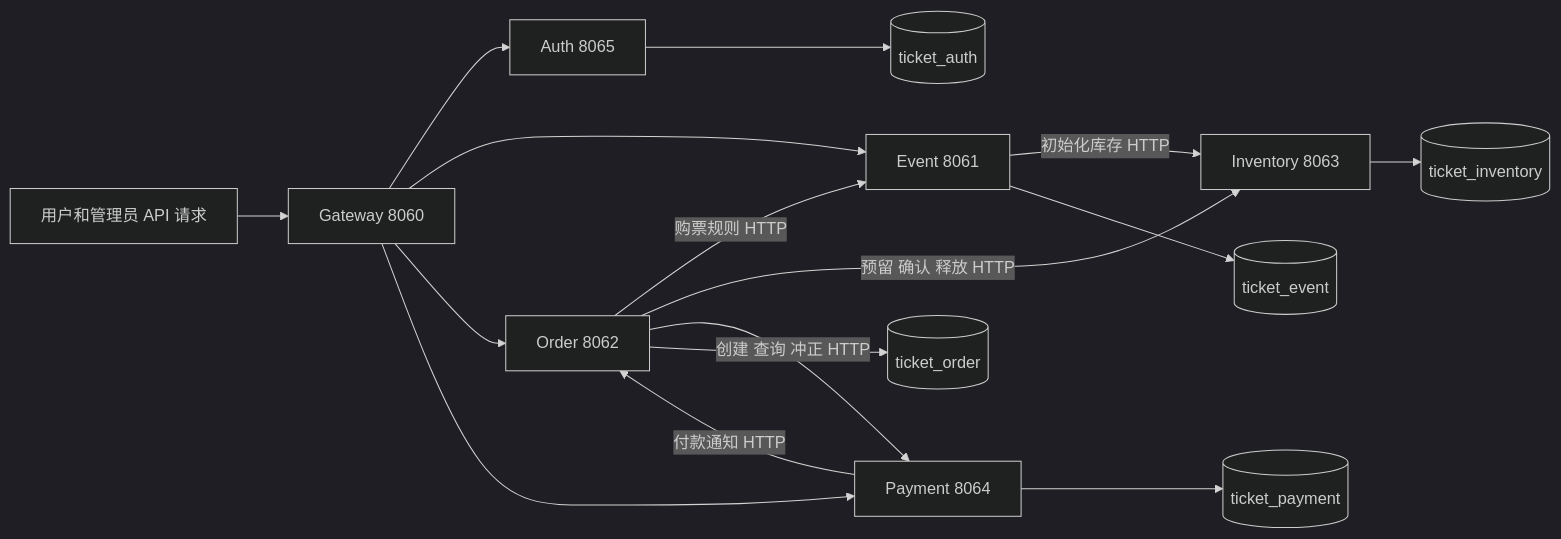
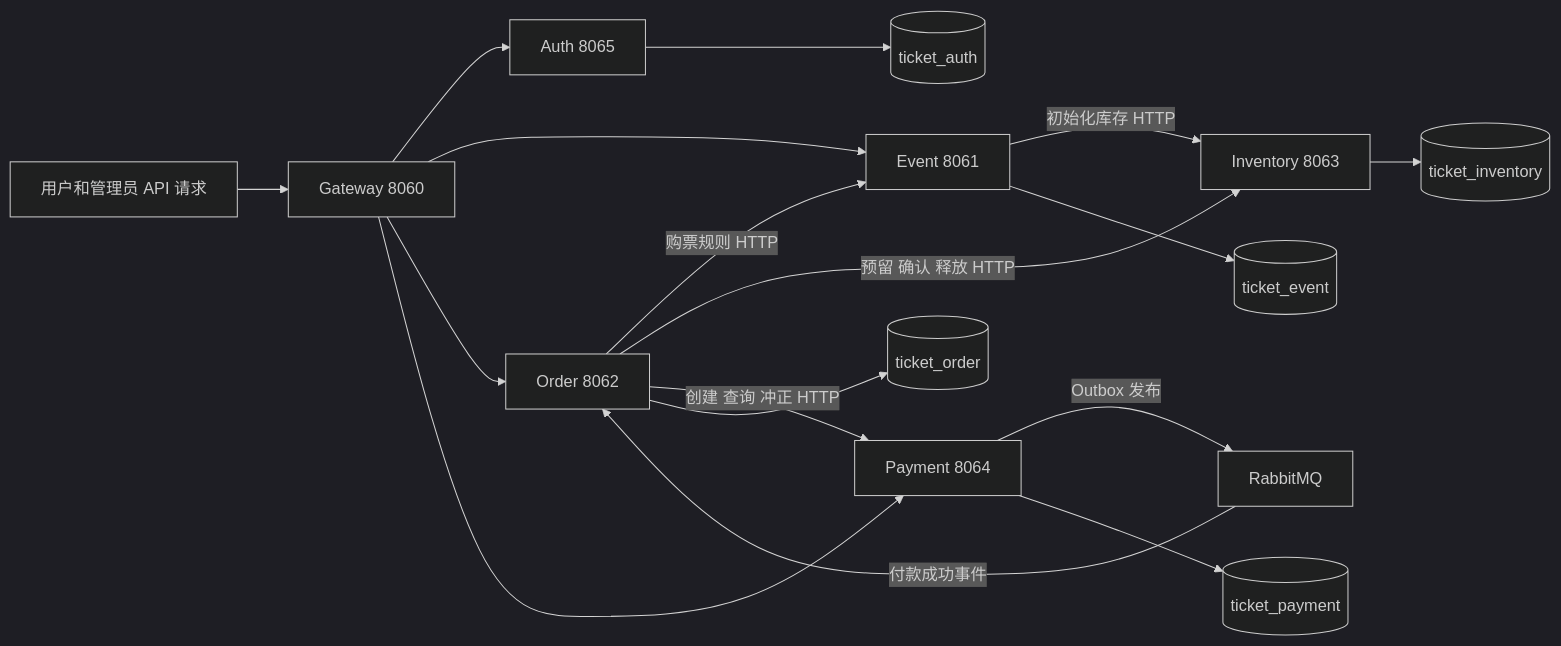
The first of 2 diagrams in docs/v1-architecture.md (yuan-bin-y/distributed-ticketing-system), drawn with Mermaid (dark theme) before and after one commit. The commit also changed other lines of this file and 120 other files, not shown here.

````diff
--- a/docs/v1-architecture.md
+++ b/docs/v1-architecture.md
@@ -7,18 +7,19 @@
 ```mermaid
 flowchart LR
     U[用户和管理员 API 请求] --> G[Gateway 8060]
     G --> A[Auth 8065]
     G --> E[Event 8061]
     G --> O[Order 8062]
     G --> P[Payment 8064]
     E -->|初始化库存 HTTP| I[Inventory 8063]
     O -->|购票规则 HTTP| E
     O -->|预留 确认 释放 HTTP| I
     O -->|创建 查询 冲正 HTTP| P
-    P -->|付款通知 HTTP| O
+    P -->|Outbox 发布| Q[RabbitMQ]
+    Q -->|付款成功事件| O
     A --> AD[(ticket_auth)]
     E --> ED[(ticket_event)]
     O --> OD[(ticket_order)]
     I --> ID[(ticket_inventory)]
     P --> PD[(ticket_payment)]
 ```
````
